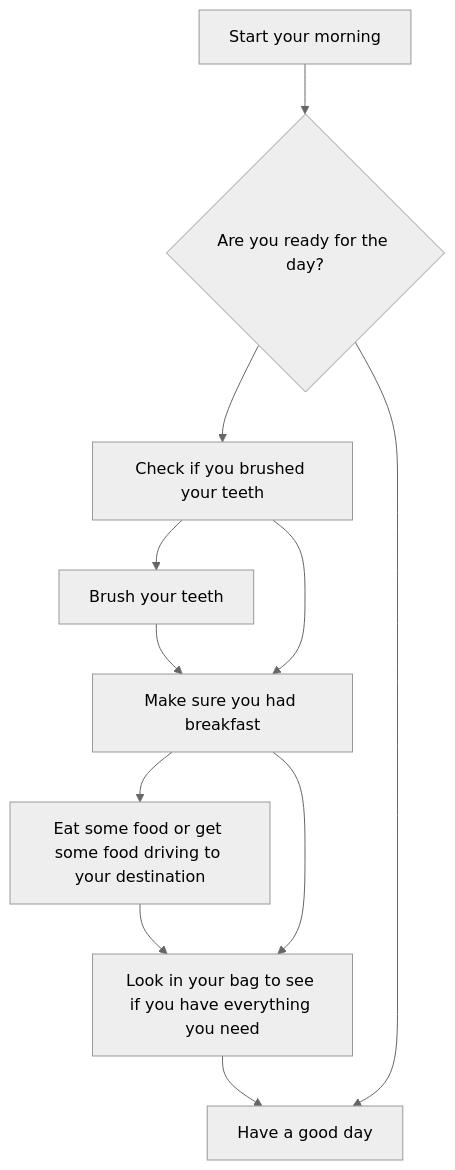
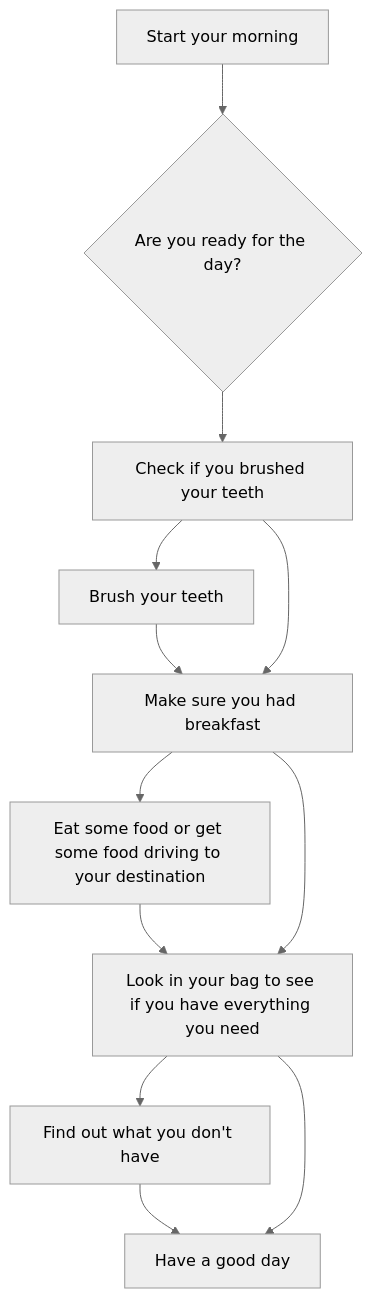
Before and after one commit to Edward3785/Edward3785.github.io: the diagram in Diagram.md, drawn with Mermaid (neutral theme).

Commit message:
Deleted B - Z and added E and Z

````diff
--- a/Diagram.md
+++ b/Diagram.md
@@ -3,15 +3,17 @@
 ```mermaid
  flowchart TD;
      A[Start your morning]-->B{Are you ready for the day?};
      B --> C[Check if you brushed your teeth]
      C --> F[Brush your teeth]
      F --> D
      C --> D[Make sure you had breakfast]
      D --> G[Eat some food or get some food driving to your destination]
      G --> E
      D --> E[Look in your bag to see if you have everything you need]
-     E --> z
-     B --> z[Have a good day]
+     E --> H[Find out what you don't have]
+     H --> Z
+     E --> Z[Have a good day]
 
+    
 
 ```
````
